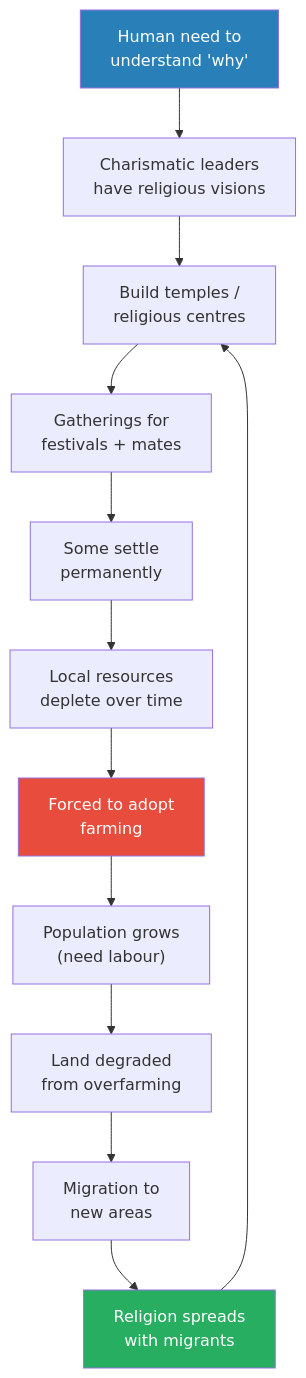
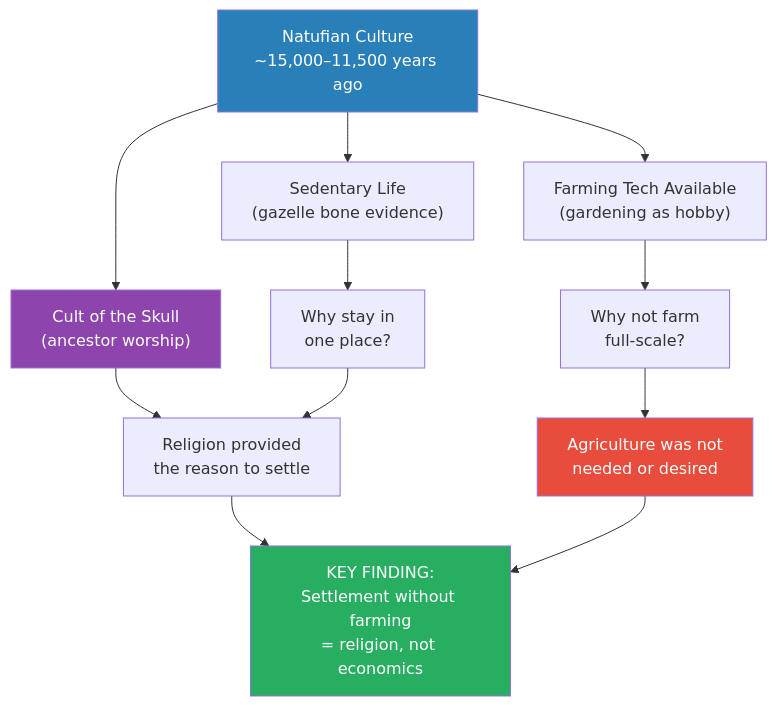
One commit to alius33/reader changed the sixth of 7 diagrams in summaries/Lectures/Civilization/01 - Explaining Humanity's Transition to Agriculture.md. Above: the diagram before and after it, drawn with Mermaid. The commit also changed other lines of this file and 276 other files, not shown here.

````diff
--- a/summaries/Lectures/Civilization/01 - Explaining Humanity's Transition to Agriculture.md
+++ b/summaries/Lectures/Civilization/01 - Explaining Humanity's Transition to Agriculture.md
@@ -298,17 +564,17 @@
 ```mermaid
-flowchart TB
-    R["Human need to<br/>understand 'why'"] --> CL["Charismatic leaders<br/>have religious visions"]
-    CL --> T["Build temples /<br/>religious centres"]
-    T --> G["Gatherings for<br/>festivals + mates"]
-    G --> S["Some settle<br/>permanently"]
-    S --> RD["Local resources<br/>deplete over time"]
-    RD --> FA["Forced to adopt<br/>farming"]
-    FA --> PG["Population grows<br/>(need labour)"]
-    PG --> LD["Land degraded<br/>from overfarming"]
-    LD --> M["Migration to<br/>new areas"]
-    M --> RS["Religion spreads<br/>with migrants"]
-    RS --> T
-    style R fill:#2980b9,color:#fff
-    style FA fill:#e74c3c,color:#fff
-    style RS fill:#27ae60,color:#fff
+flowchart TD
+    N["Natufian Culture<br/>~15,000–11,500 years ago"] --> SED["Sedentary Life<br/>(gazelle bone evidence)"]
+    N --> TECH["Farming Tech Available<br/>(gardening as hobby)"]
+    N --> REL["Cult of the Skull<br/>(ancestor worship)"]
+    SED --> Q1["Why stay in<br/>one place?"]
+    TECH --> Q2["Why not farm<br/>full-scale?"]
+    REL --> A1["Religion provided<br/>the reason to settle"]
+    Q1 --> A1
+    Q2 --> A2["Agriculture was not<br/>needed or desired"]
+    A1 --> KEY["KEY FINDING:<br/>Settlement without farming<br/>= religion, not economics"]
+    A2 --> KEY
+    style N fill:#2980b9,color:#fff
+    style REL fill:#8e44ad,color:#fff
+    style KEY fill:#27ae60,color:#fff
+    style A2 fill:#e74c3c,color:#fff
 ```
````
